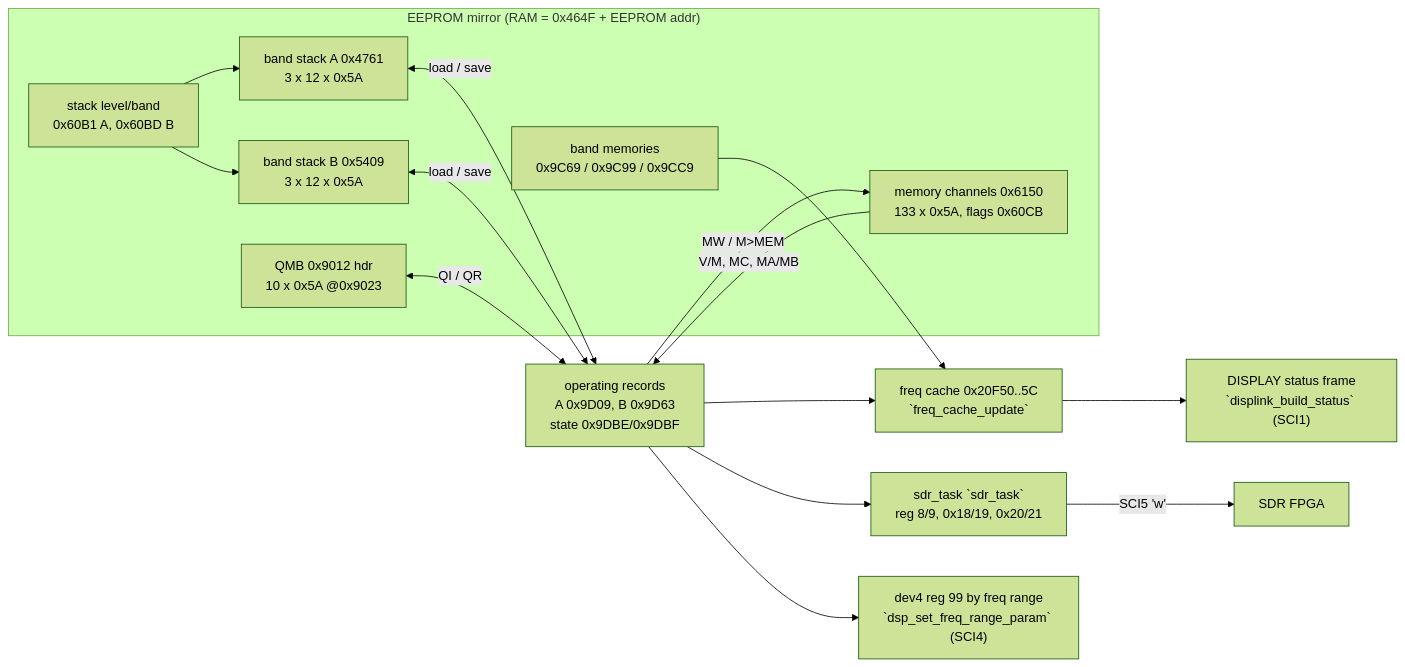
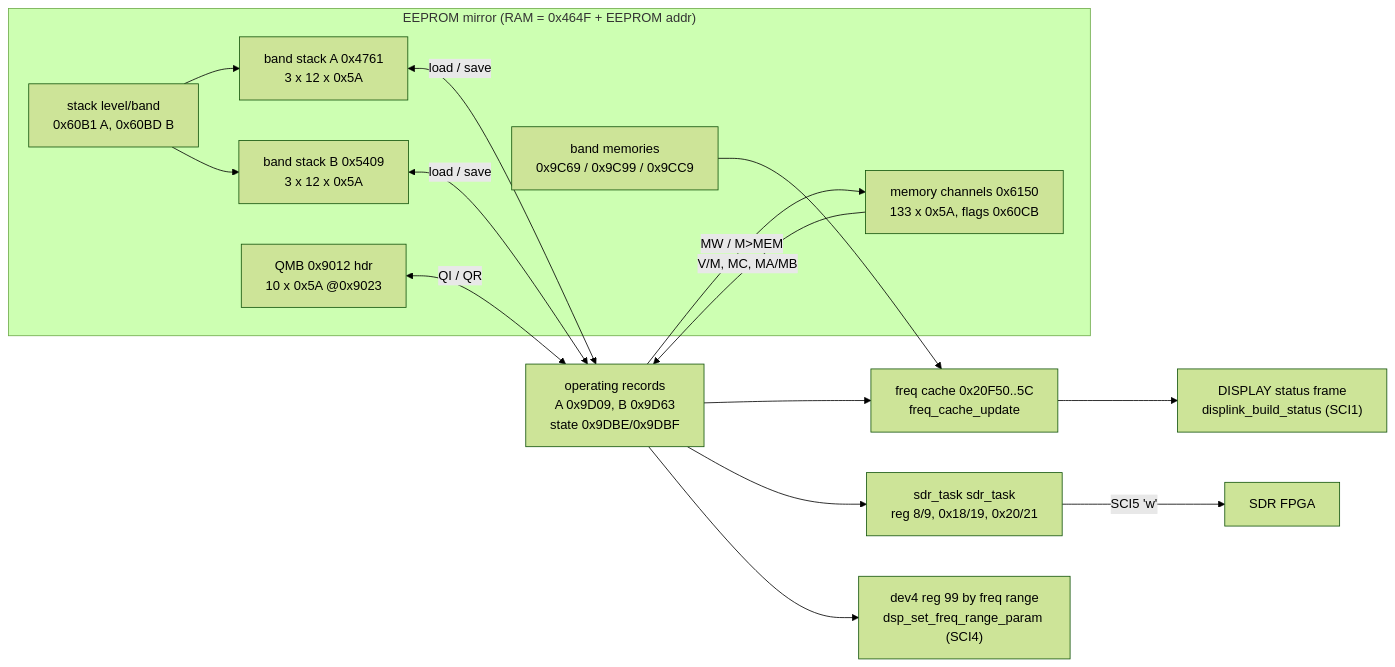
One commit to Reid-n0rc/FT-710_Firmware changed the first of 4 diagrams in docs/code/main/radio-control.md. Above: the diagram before and after it, drawn with Mermaid (forest theme). The commit also changed other lines of this file and 8 other files, not shown here.

First line of the commit message:
Fix 10 Mermaid diagrams that failed to render; T19 status

````diff
--- a/docs/code/main/radio-control.md
+++ b/docs/code/main/radio-control.md
@@ -37,25 +37,25 @@
 ```mermaid
 flowchart LR
   subgraph EEPROM["EEPROM mirror (RAM = 0x464F + EEPROM addr)"]
     BSA["band stack A 0x4761<br/>3 x 12 x 0x5A"]
     BSB["band stack B 0x5409<br/>3 x 12 x 0x5A"]
     LVL["stack level/band<br/>0x60B1 A, 0x60BD B"]
     MEM["memory channels 0x6150<br/>133 x 0x5A, flags 0x60CB"]
     QMB["QMB 0x9012 hdr<br/>10 x 0x5A @0x9023"]
     BM["band memories<br/>0x9C69 / 0x9C99 / 0x9CC9"]
   end
   REC["operating records<br/>A 0x9D09, B 0x9D63<br/>state 0x9DBE/0x9DBF"]
   BSA <-->|"load / save"| REC
   BSB <-->|"load / save"| REC
   LVL --> BSA
   LVL --> BSB
   MEM -->|"V/M, MC, MA/MB"| REC
   REC -->|"MW / M>MEM"| MEM
   QMB <-->|"QI / QR"| REC
-  REC --> CACHE["freq cache 0x20F50..5C<br/>`freq_cache_update`"]
+  REC --> CACHE["freq cache 0x20F50..5C<br/>freq_cache_update"]
   BM --> CACHE
-  REC --> SDRP["sdr_task `sdr_task`<br/>reg 8/9, 0x18/19, 0x20/21"]
+  REC --> SDRP["sdr_task sdr_task<br/>reg 8/9, 0x18/19, 0x20/21"]
   SDRP -->|"SCI5 'w'"| SDR["SDR FPGA"]
-  CACHE --> DISP["DISPLAY status frame<br/>`displink_build_status` (SCI1)"]
-  REC --> DSP["dev4 reg 99 by freq range<br/>`dsp_set_freq_range_param` (SCI4)"]
+  CACHE --> DISP["DISPLAY status frame<br/>displink_build_status (SCI1)"]
+  REC --> DSP["dev4 reg 99 by freq range<br/>dsp_set_freq_range_param (SCI4)"]
 ```
````
